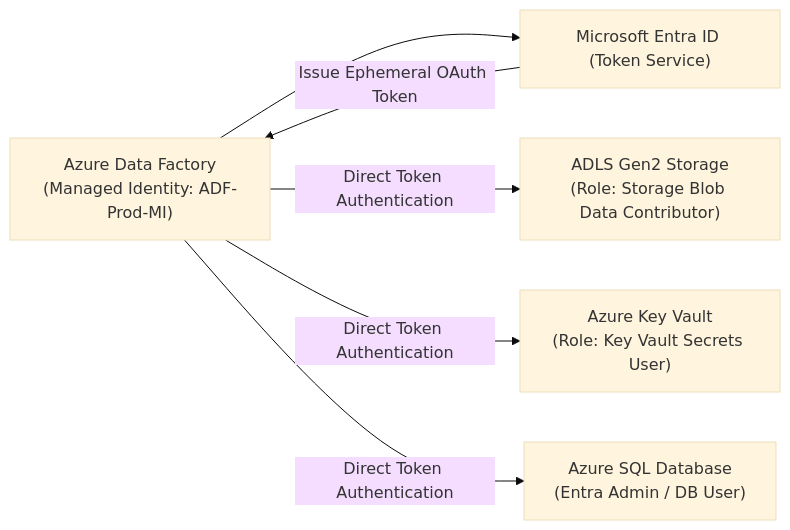
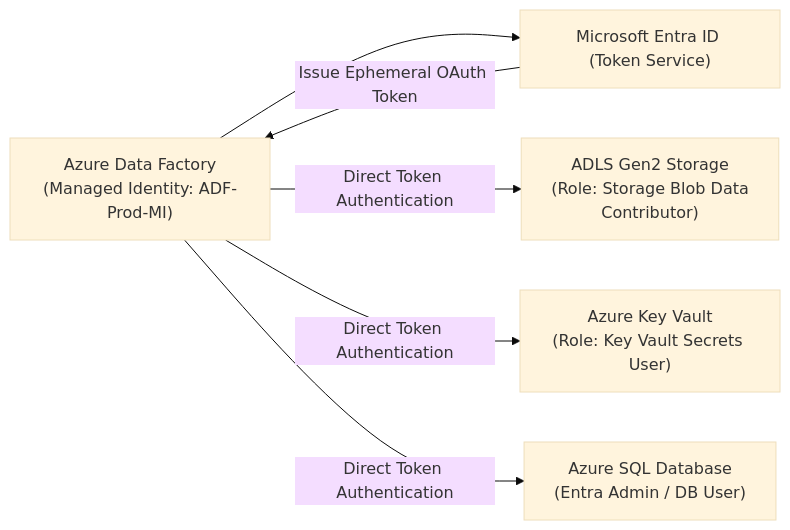
The first of 2 diagrams in modules/08_adf_and_azure_pipeline_security/README.md (santoshjammi29/security-handbook), drawn with Mermaid (base theme) before and after one commit. The commit also changed other lines of this file and 22 other files, not shown here.

Commit message:
fix(diagrams): word-wrap labels and escape comparison operators across all diagrams

````diff
--- a/modules/08_adf_and_azure_pipeline_security/README.md
+++ b/modules/08_adf_and_azure_pipeline_security/README.md
@@ -7,8 +7,8 @@
 ```mermaid
 flowchart LR
-    ADF["Azure Data Factory<br>(Managed Identity: ADF-Prod-MI)"] --> Entra["Microsoft Entra ID (Token Service)"]
+    ADF["Azure Data Factory<br/>(Managed Identity: ADF-Prod-MI)"] --> Entra["Microsoft Entra ID (Token Service)"]
     Entra -->|Issue Ephemeral OAuth Token| ADF
-    ADF -->|Direct Token Authentication| ADLS["ADLS Gen2 Storage<br>(Role: Storage Blob Data Contributor)"]
-    ADF -->|Direct Token Authentication| KeyVault["Azure Key Vault<br>(Role: Key Vault Secrets User)"]
-    ADF -->|Direct Token Authentication| AzureSQL["Azure SQL Database<br>(Entra Admin / DB User)"]
+    ADF -->|Direct Token Authentication| ADLS["ADLS Gen2 Storage<br/>(Role: Storage Blob Data<br/>Contributor)"]
+    ADF -->|Direct Token Authentication| KeyVault["Azure Key Vault<br/>(Role: Key Vault Secrets User)"]
+    ADF -->|Direct Token Authentication| AzureSQL["Azure SQL Database<br/>(Entra Admin / DB User)"]
 ```
````
